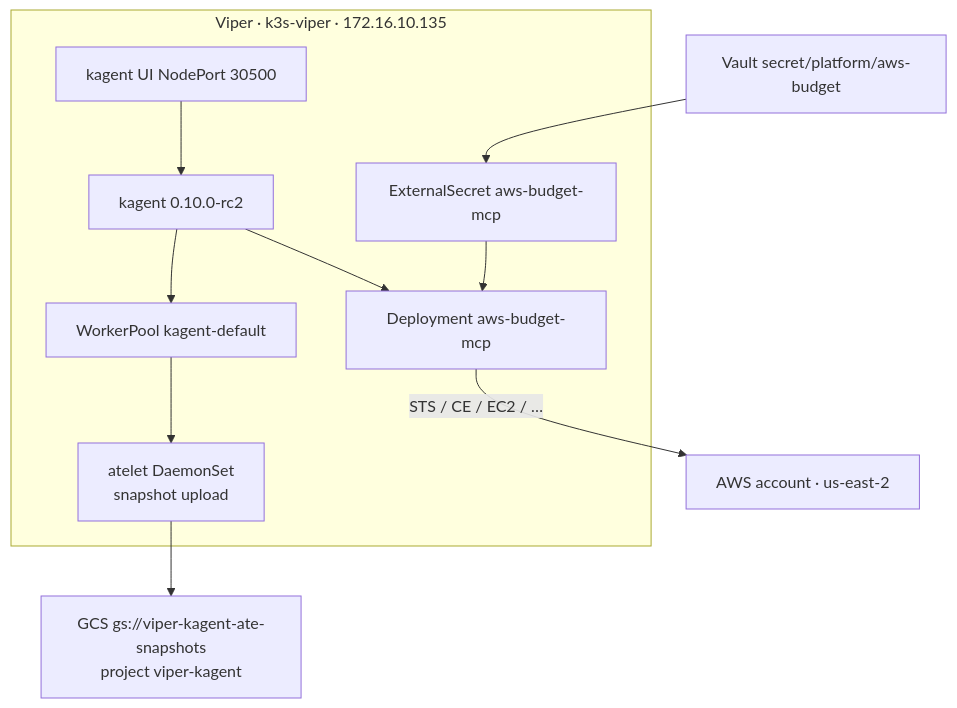
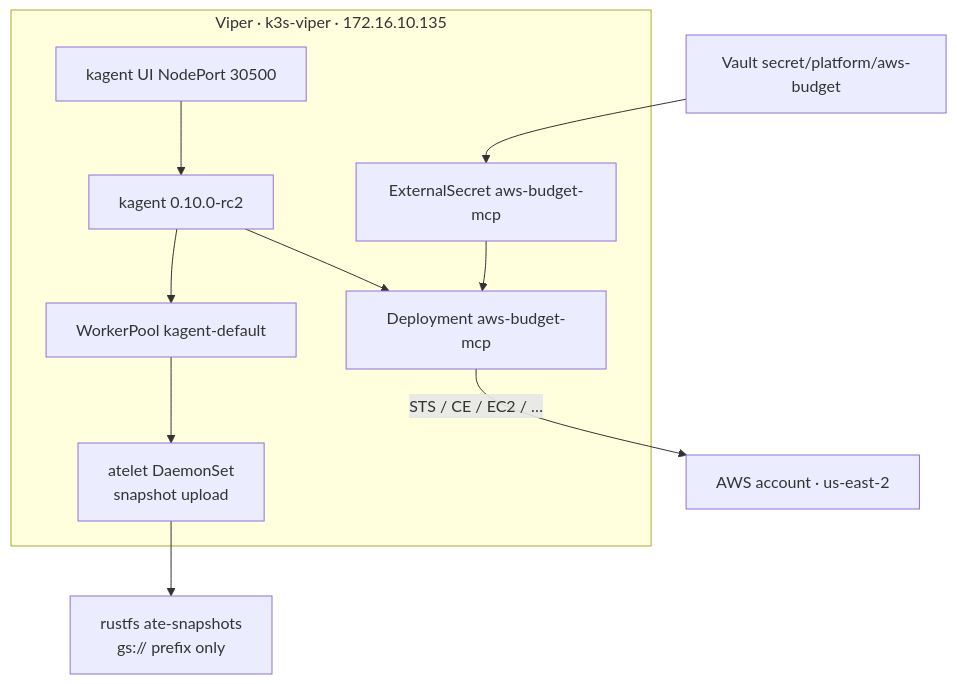
One commit to sebbycorp/kagent-agent-substrate-demos changed the second of 2 diagrams in aws-sandbox-agent/docs/architecture.md. Above: the diagram before and after it, drawn with Mermaid. The commit also changed other lines of this file and 10 other files, not shown here.

First line of the commit message:
Omit snapshotsConfig; stay on rustfs until atelet cutover

````diff
--- a/aws-sandbox-agent/docs/architecture.md
+++ b/aws-sandbox-agent/docs/architecture.md
@@ -38,20 +40,20 @@
 ```mermaid
 flowchart TB
   subgraph viper["Viper · k3s-viper · 172.16.10.135"]
     ui["kagent UI NodePort 30500"]
     ctrl["kagent 0.10.0-rc2"]
     pool["WorkerPool kagent-default"]
     atelet["atelet DaemonSet<br/>snapshot upload"]
     deploy["Deployment aws-budget-mcp"]
     eso["ExternalSecret aws-budget-mcp"]
   end
   vault["Vault secret/platform/aws-budget"]
   aws["AWS account · us-east-2"]
-  gcs["GCS gs://viper-kagent-ate-snapshots<br/>project viper-kagent"]
+  rustfs["rustfs ate-snapshots<br/>gs:// prefix only"]
 
   ui --> ctrl --> pool
   ctrl --> deploy
   vault --> eso --> deploy
   deploy -->|"STS / CE / EC2 / …"| aws
-  pool --> atelet --> gcs
+  pool --> atelet --> rustfs
 ```
````
